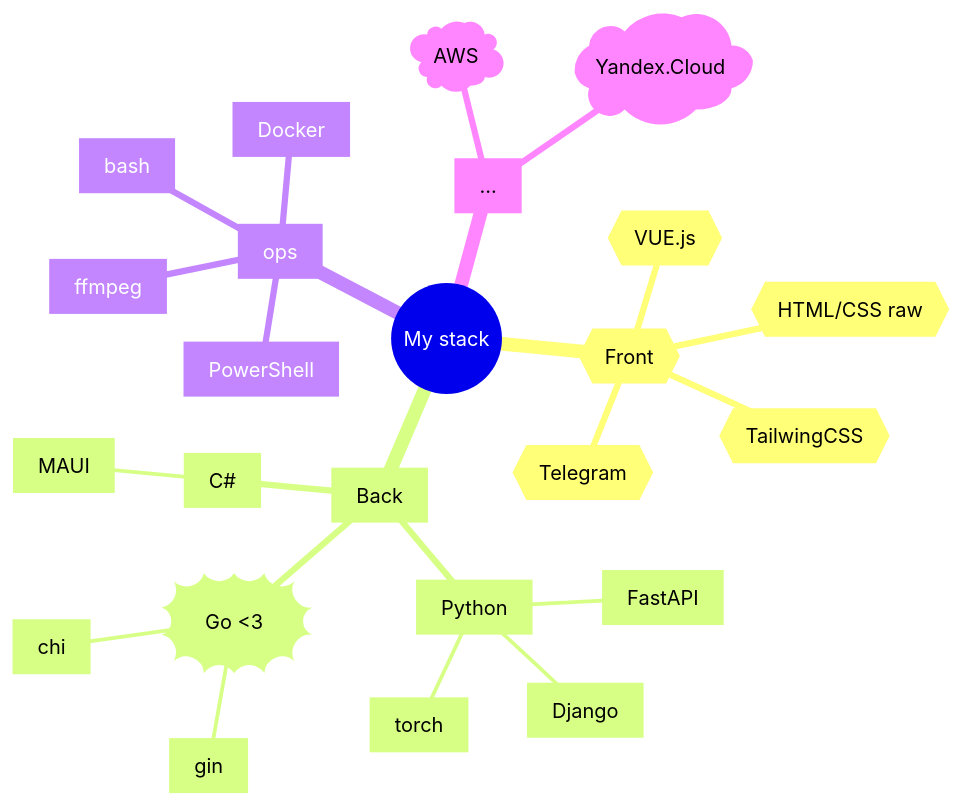
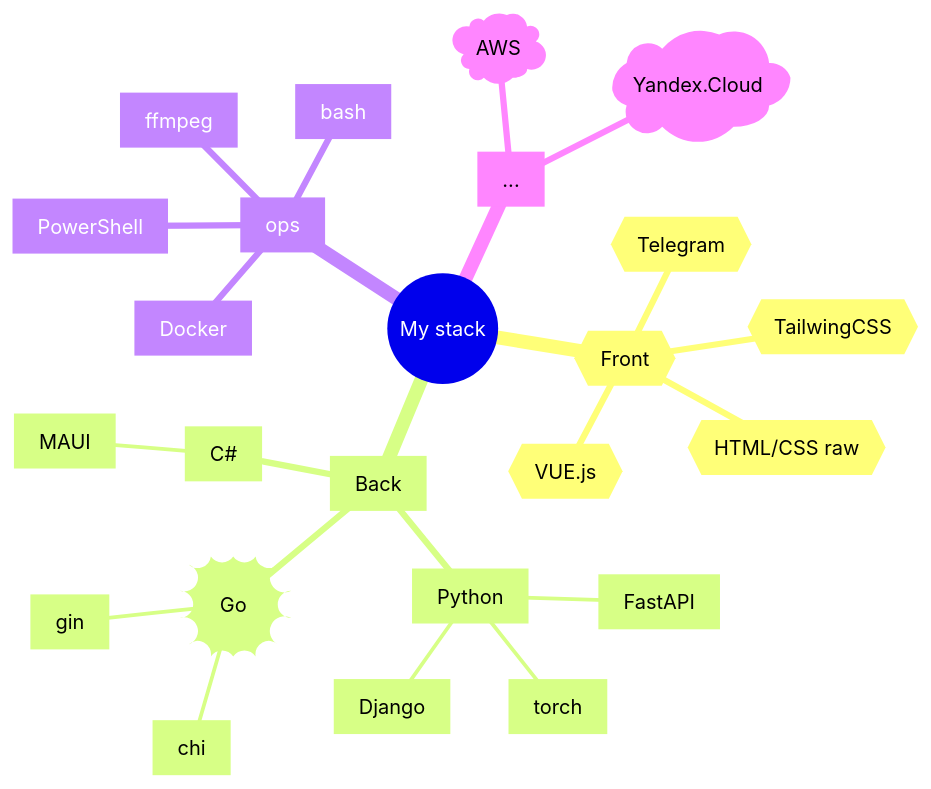
The diagram in README.md (thefrol/thefrol), drawn with Mermaid before and after one commit.

Commit message:
Try to make diagram icons README.md

````diff
--- a/README.md
+++ b/README.md
@@ -3,31 +3,31 @@
 ```mermaid
 mindmap
   root(("My stack"))
     front{{"Front"}}
       vue{{"VUE.js"}}
-      ::icon(fa fa-heart)
+      ::icon(fas fa-heart)
       htmlcss{{"HTML/CSS raw"}}
       tailwinf{{"TailwingCSS"}}
       telegram{{"Telegram"}}
       ::icon(fa fa-heart)
     back["Back"]
       python["Python"]
         fastApi["FastAPI"]
         django["Django"]
         torch["torch"]
-      go))"Go        <3"((
+      go))"Go"((
       ::icon(fa fa-heart)
         chi["chi"]
         gin["gin"]
       csharp["C#"]
         maui["MAUI"]
     ops["ops"]
       docker["Docker"]
       powershell["PowerShell"]
       bash["bash"]
       ffmpeg["ffmpeg"]
     misc["..."]
       AWS)"AWS"(
       Yandex.Cloud)"Yandex.Cloud"(
       ::icon(fa fa-heart)
 ```
````
